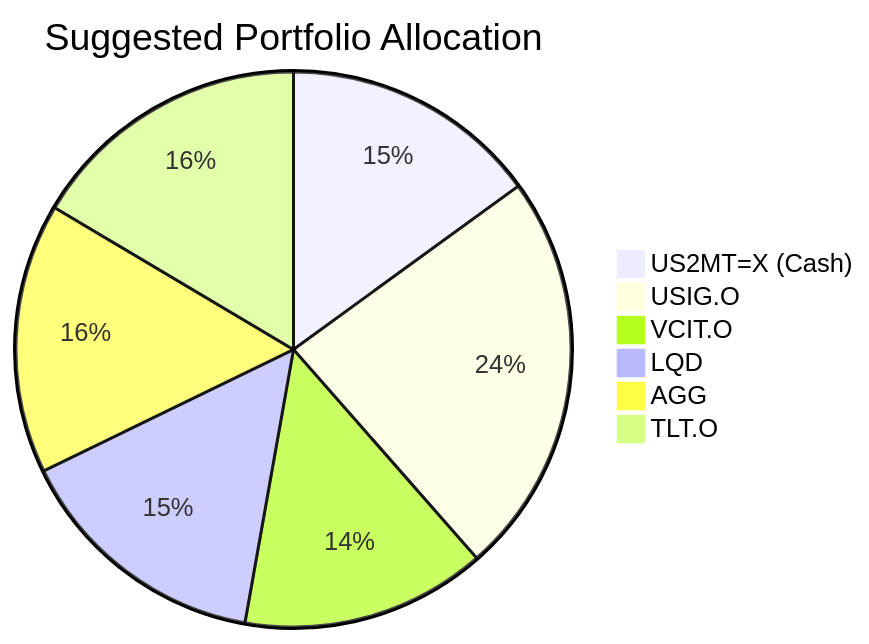
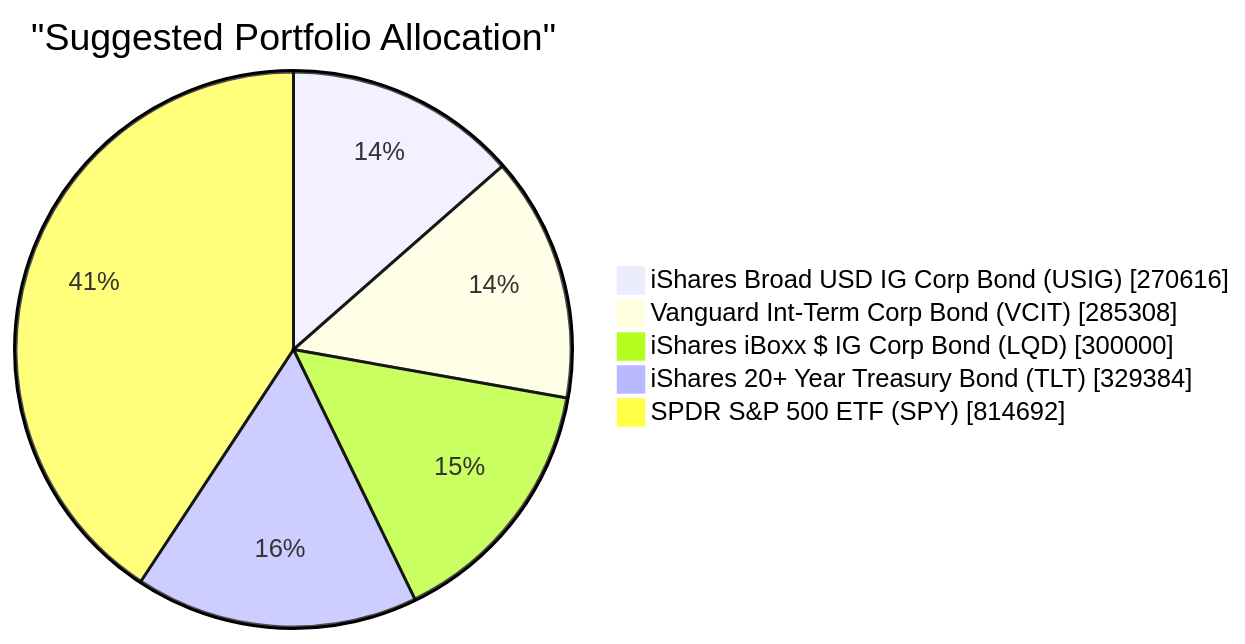
Before and after one commit to roger249/Bot-collaboration: the second of 2 diagrams in docs/sample outputs/client_product_fit_analysis_13.md, drawn with Mermaid. The commit also changed other lines of this file and 16 other files, not shown here.

````diff
--- a/docs/sample outputs/client_product_fit_analysis_13.md
+++ b/docs/sample outputs/client_product_fit_analysis_13.md
@@ -45,9 +63,9 @@
 ```mermaid
-pie title Suggested Portfolio Allocation
-    "US2MT=X (Cash)" : 15
-    "USIG.O" : 23.53
-    "VCIT.O" : 14.27
-    "LQD" : 15
-    "AGG" : 15.73
-    "TLT.O" : 16.47
+pie showData
+title "Suggested Portfolio Allocation"
+"iShares Broad USD IG Corp Bond (USIG)" : 270616
+"Vanguard Int-Term Corp Bond (VCIT)" : 285308
+"iShares iBoxx $ IG Corp Bond (LQD)" : 300000
+"iShares 20+ Year Treasury Bond (TLT)" : 329384
+"SPDR S&P 500 ETF (SPY)" : 814692
 ```
````
